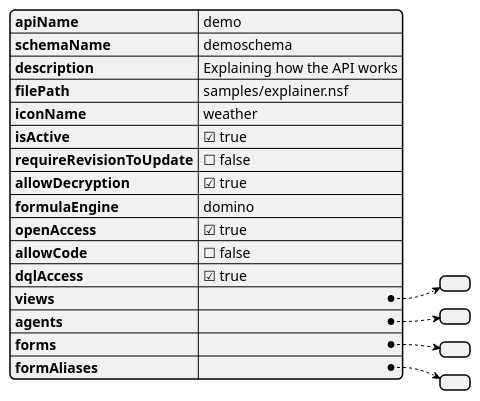
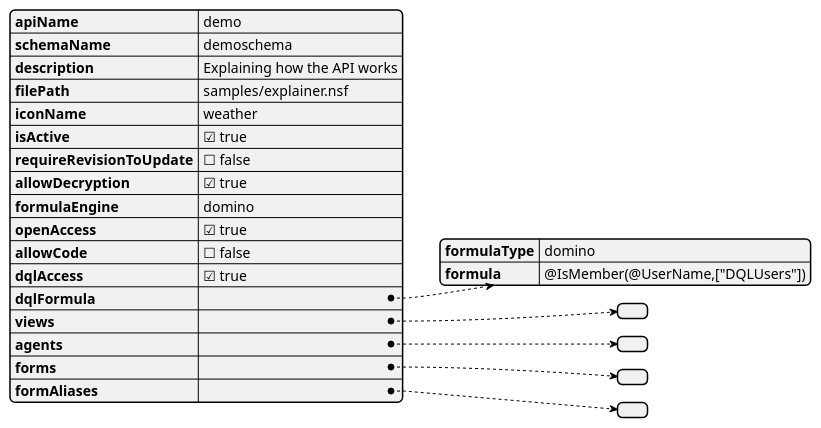
Before and after one commit to HCL-TECH-SOFTWARE/domino-keep-docs: the diagram in docs/assets/images/plantuml/schema-toplevel.puml, drawn with PlantUML. The commit also changed 31 other files, not shown here.

```diff
--- a/docs/assets/images/plantuml/schema-toplevel.puml
+++ b/docs/assets/images/plantuml/schema-toplevel.puml
@@ -1,20 +1,24 @@
 @startjson SchemaTopLevel
 {
 	"apiName": "demo",
 	"schemaName": "demoschema",
 	"description": "Explaining how the API works",
 	"filePath": "samples/explainer.nsf",
 	"iconName": "weather",
 	"isActive": true,
 	"requireRevisionToUpdate": false,
     "allowDecryption": true,
     "formulaEngine": "domino",
 	"openAccess": true,
 	"allowCode": false,
 	"dqlAccess": true,
+        "dqlFormula" : {
+        "formulaType" : "domino",
+        "formula" : "@IsMember(@UserName,[\"DQLUsers\"])"
+    },
 	"views": [],
 	"agents": [],
 	"forms": [	],
 	"formAliases": {}
 }
 @endjson
```
